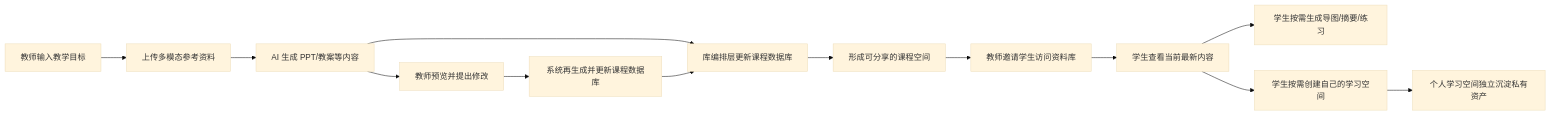
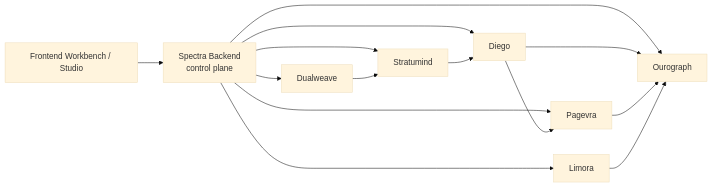
Before and after one commit to ln-one/Spectra: the seventh of 7 diagrams in docs/competition/04-architecture.md, drawn with Mermaid (base theme). The commit also changed other lines of this file and 94 other files, not shown here.

````diff
--- a/docs/competition/04-architecture.md
+++ b/docs/competition/04-architecture.md
@@ -187,15 +319,16 @@
 ```mermaid
 flowchart LR
-    A["教师输入教学目标"] --> B["上传多模态参考资料"]
-    B --> C["AI 生成 PPT/教案等内容"]
-    C --> D["库编排层更新课程数据库"]
-    D --> E["形成可分享的课程空间"]
-    E --> F["教师邀请学生访问资料库"]
-    F --> G["学生查看当前最新内容"]
-    G --> H["学生按需生成导图/摘要/练习"]
-    G --> K["学生按需创建自己的学习空间"]
-    C --> I["教师预览并提出修改"]
-    I --> J["系统再生成并更新课程数据库"]
-    J --> D
-    K --> L["个人学习空间独立沉淀私有资产"]
+    FE["Frontend Workbench / Studio"] --> BE["Spectra Backend<br/>control plane"]
+    BE --> DG["Diego"]
+    BE --> PV["Pagevra"]
+    BE --> OG["Ourograph"]
+    BE --> DW["Dualweave"]
+    BE --> STR["Stratumind"]
+    BE --> LM["Limora"]
+    DW --> STR
+    STR --> DG
+    DG --> PV
+    DG --> OG
+    PV --> OG
+    LM --> OG
 ```
````
